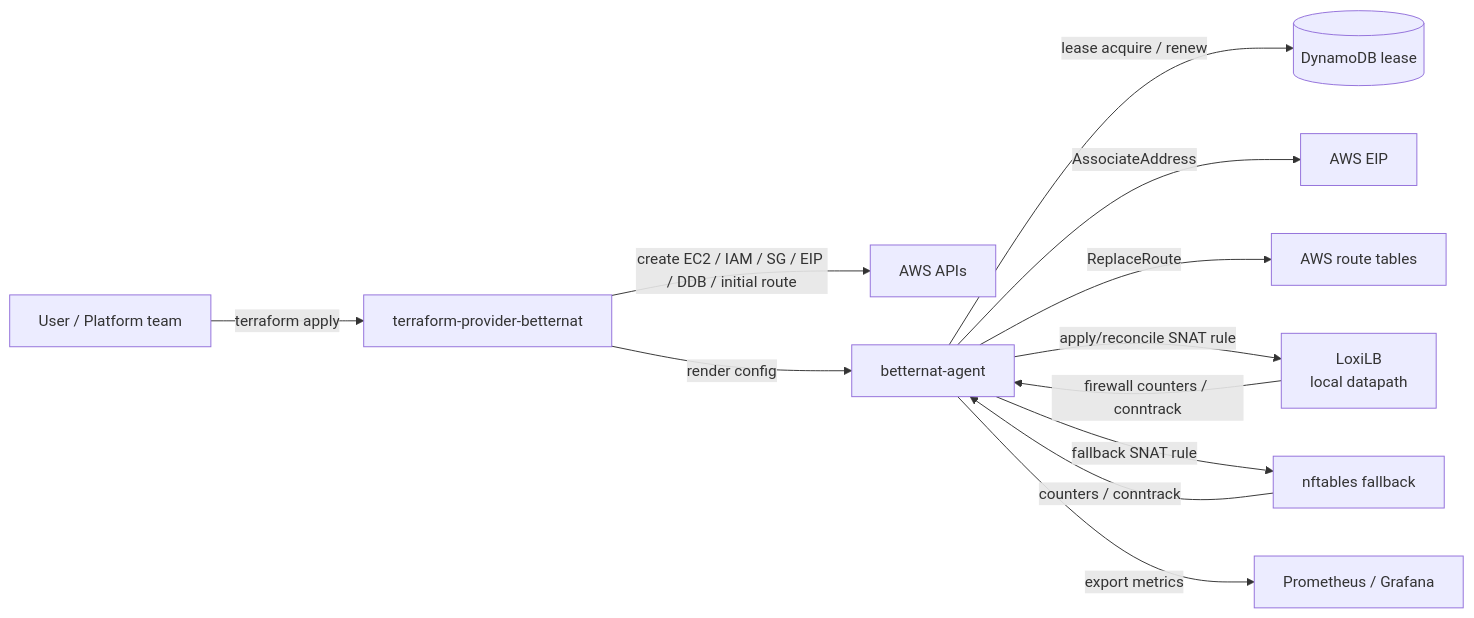
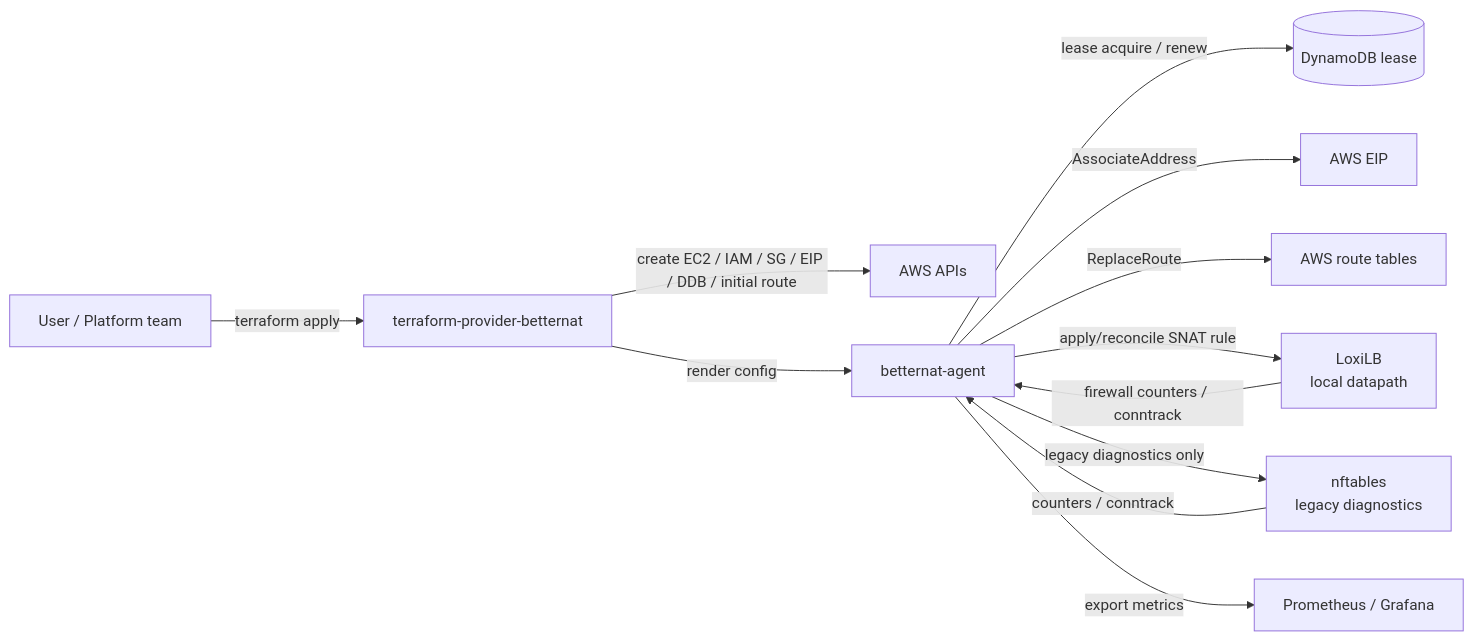
Before and after one commit to nowakeai/betternat: the second of 6 diagrams in docs/architecture-diagram.md, drawn with Mermaid. The commit also changed other lines of this file and 178 other files, not shown here.

````diff
--- a/docs/architecture-diagram.md
+++ b/docs/architecture-diagram.md
@@ -66,27 +66,27 @@
 ```mermaid
 flowchart LR
   user[User / Platform team]
   tf[terraform-provider-betternat]
   awsapi[AWS APIs]
   agent[betternat-agent]
   loxi[LoxiLB<br/>local datapath]
-  nft[nftables fallback]
+  nft[nftables<br/>legacy diagnostics]
   prom[Prometheus / Grafana]
   ddb[(DynamoDB lease)]
   rt[AWS route tables]
   eip[AWS EIP]
 
   user -->|terraform apply| tf
   tf -->|create EC2 / IAM / SG / EIP / DDB / initial route| awsapi
   tf -->|render config| agent
 
   agent -->|lease acquire / renew| ddb
   agent -->|AssociateAddress| eip
   agent -->|ReplaceRoute| rt
   agent -->|apply/reconcile SNAT rule| loxi
-  agent -->|fallback SNAT rule| nft
+  agent -->|legacy diagnostics only| nft
   agent -->|export metrics| prom
 
   loxi -->|firewall counters / conntrack| agent
   nft -->|counters / conntrack| agent
 ```
````
